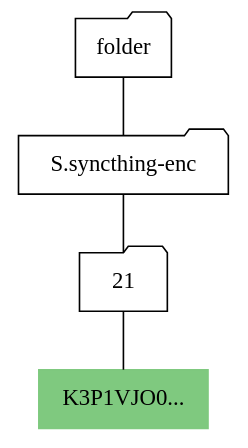
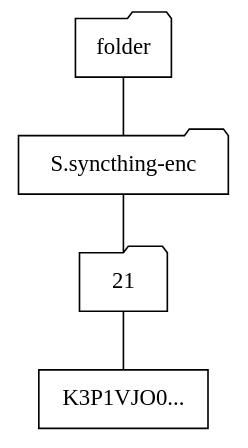
The fourth of 5 diagrams in users/untrusted.rst (syncthing/docs), drawn with Graphviz before and after one commit. The commit also changed other lines of this file, not shown here.

```diff
--- a/users/untrusted.rst
+++ b/users/untrusted.rst
@@ -133,13 +133,13 @@
 .. graphviz::
     :align: center
 
     graph {
         "folder" [shape=folder]
         "S.syncthing-enc" [shape=folder]
         "21" [shape=folder]
-        "K3P1VJO0..." [shape=file, style=filled, color="/accent3/1"]
+        "K3P1VJO0..." [shape=file]
 
         "folder" -- "S.syncthing-enc"
         "S.syncthing-enc" -- "21"
         "21" -- "K3P1VJO0..."
     }
```
